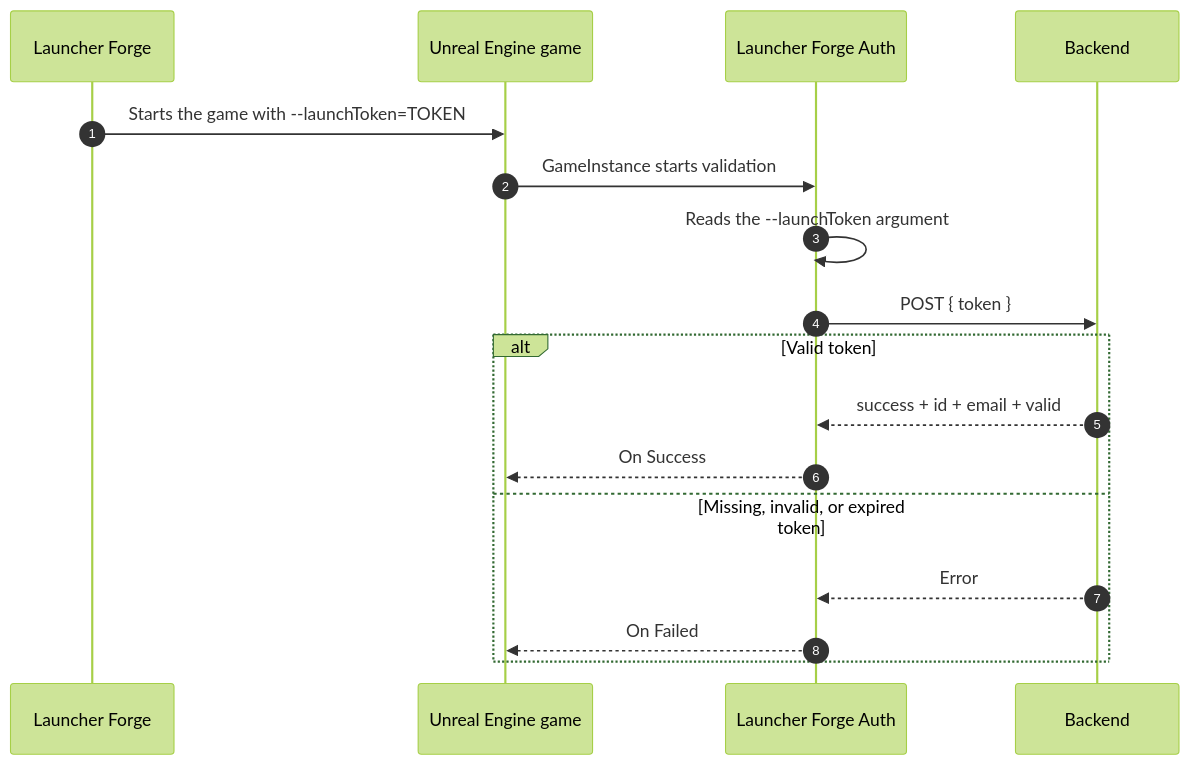
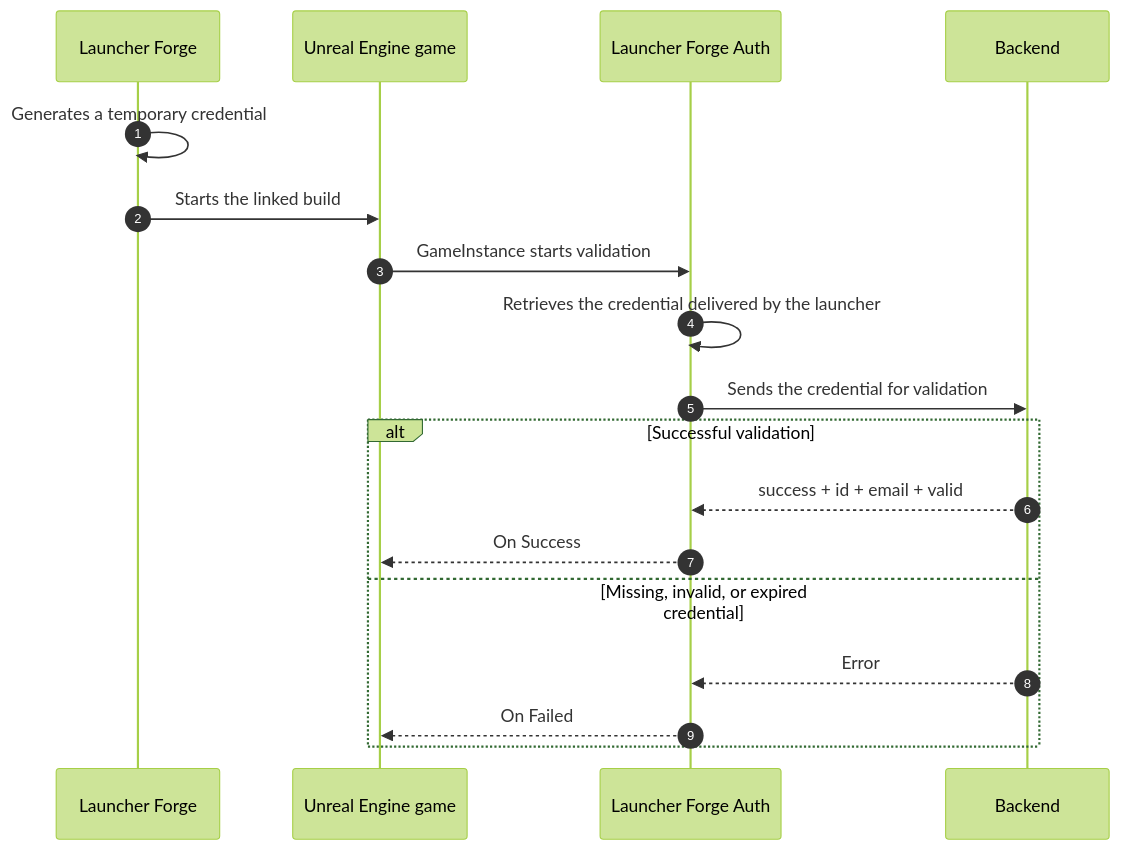
The diagram in en/engine-integrations/unreal-engine.mdx (cribertt/LauncherDocs), drawn with Mermaid (forest theme) before and after one commit. The commit also changed other lines of this file and 1 other file, not shown here.

````diff
--- a/en/engine-integrations/unreal-engine.mdx
+++ b/en/engine-integrations/unreal-engine.mdx
@@ -34,21 +38,22 @@
 ```mermaid
 sequenceDiagram
     autonumber
     participant L as Launcher Forge
     participant G as Unreal Engine game
     participant P as Launcher Forge Auth
     participant B as Backend
 
-    L->>G: Starts the game with --launchToken=TOKEN
+    L->>L: Generates a temporary credential
+    L->>G: Starts the linked build
     G->>P: GameInstance starts validation
-    P->>P: Reads the --launchToken argument
-    P->>B: POST { token }
+    P->>P: Retrieves the credential delivered by the launcher
+    P->>B: Sends the credential for validation
 
-    alt Valid token
+    alt Successful validation
         B-->>P: success + id + email + valid
         P-->>G: On Success
-    else Missing, invalid, or expired token
+    else Missing, invalid, or expired credential
         B-->>P: Error
         P-->>G: On Failed
     end
 ```
````
